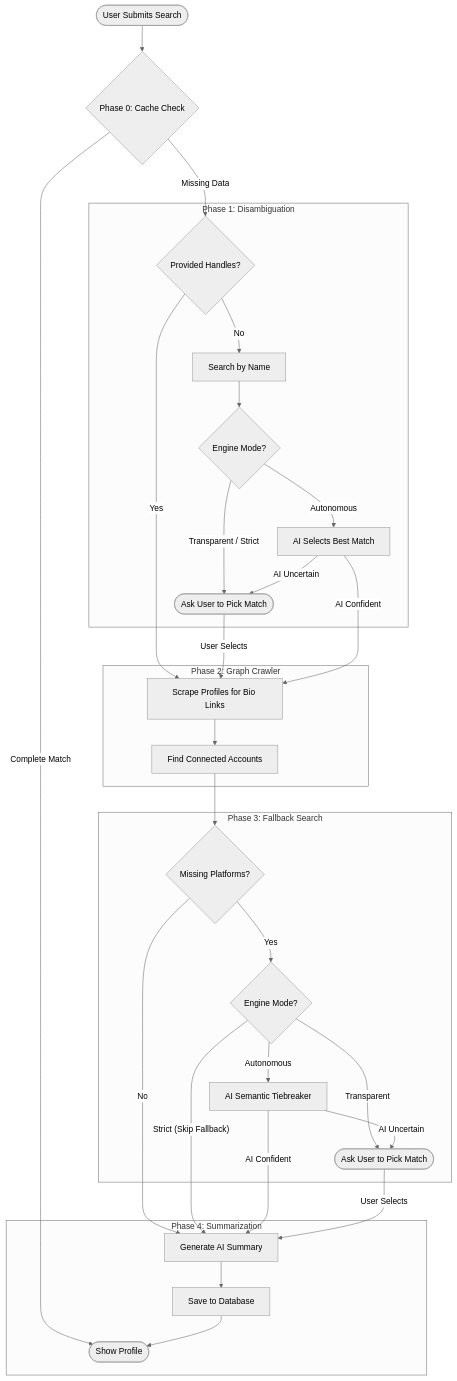
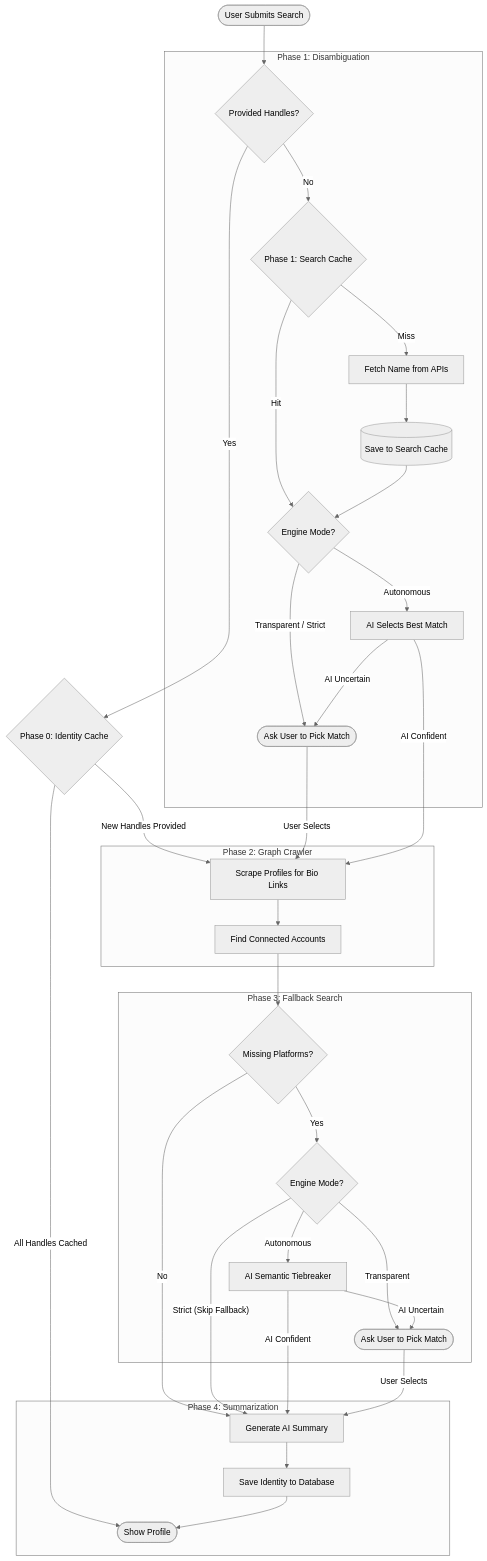
Before and after one commit to Niteshkrjhag/Dev-Profile-Unifier: the diagram in README.md, drawn with Mermaid (neutral theme). The commit also changed 1 other file, not shown here.

Commit message:
docs: Clarify Identity Cache vs Search Cache in flow diagram

````diff
--- a/README.md
+++ b/README.md
@@ -27,38 +27,44 @@
 ```mermaid
 graph TD
-    Start([User Submits Search]) --> Phase0{Phase 0: Cache Check}
-    Phase0 -- "Complete Match" --> End([Show Profile])
-    Phase0 -- "Missing Data" --> HasHandles{Provided Handles?}
+    Start([User Submits Search]) --> HasHandles{Provided Handles?}
+    
+    %% Phase 0 (Only if handles provided)
+    HasHandles -- "Yes" --> Phase0{Phase 0: Identity Cache}
+    Phase0 -- "All Handles Cached" --> End([Show Profile])
+    Phase0 -- "New Handles Provided" --> Phase2
 
     subgraph "Phase 1: Disambiguation"
-        HasHandles -- "No" --> Search1[Search by Name]
-        Search1 --> Mode1{Engine Mode?}
+        HasHandles -- "No" --> SearchCache{Phase 1: Search Cache}
+        SearchCache -- "Hit" --> Mode1{Engine Mode?}
+        SearchCache -- "Miss" --> Fetch1[Fetch Name from APIs]
+        Fetch1 --> SaveCache[(Save to Search Cache)]
+        SaveCache --> Mode1
+        
         Mode1 -- "Autonomous" --> AI1[AI Selects Best Match]
         Mode1 -- "Transparent / Strict" --> AskUser1([Ask User to Pick Match])
         AI1 -- "AI Uncertain" --> AskUser1
     end
 
     subgraph "Phase 2: Graph Crawler"
-        HasHandles -- "Yes" --> Crawl[Scrape Profiles for Bio Links]
-        AskUser1 -- "User Selects" --> Crawl
-        AI1 -- "AI Confident" --> Crawl
-        Crawl --> Extract[Find Connected Accounts]
+        AskUser1 -- "User Selects" --> Phase2[Scrape Profiles for Bio Links]
+        AI1 -- "AI Confident" --> Phase2
+        Phase2 --> Extract[Find Connected Accounts]
     end
 
     subgraph "Phase 3: Fallback Search"
         Extract --> Missing{Missing Platforms?}
         Missing -- "Yes" --> Mode3{Engine Mode?}
         Mode3 -- "Autonomous" --> AI3[AI Semantic Tiebreaker]
         Mode3 -- "Transparent" --> AskUser2([Ask User to Pick Match])
         AI3 -- "AI Uncertain" --> AskUser2
     end
 
     subgraph "Phase 4: Summarization"
         Missing -- "No" --> Final[Generate AI Summary]
         Mode3 -- "Strict (Skip Fallback)" --> Final
         AI3 -- "AI Confident" --> Final
         AskUser2 -- "User Selects" --> Final
-        Final --> DB[Save to Database]
+        Final --> DB[Save Identity to Database]
         DB --> End
     end
 ```
````
